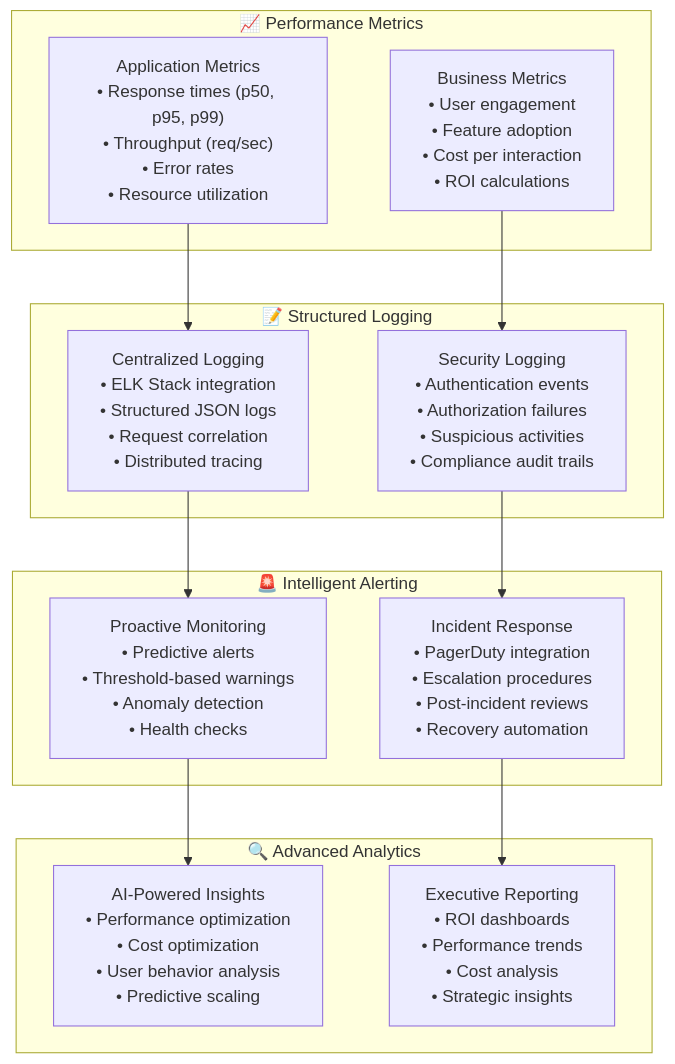
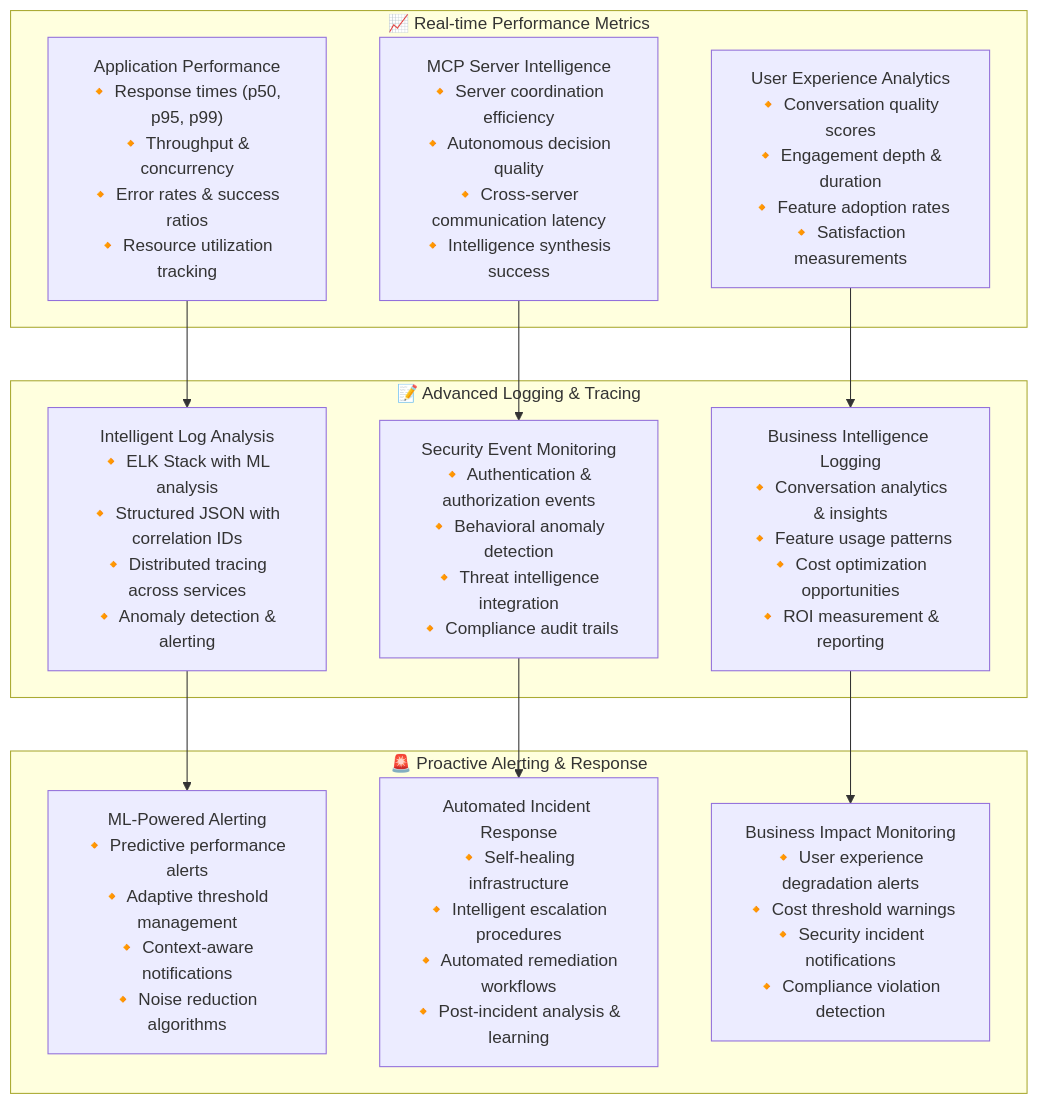
Diagram 11 of 13 in README.md (LSG-hub/Project-001), drawn with Mermaid before and after one commit. The commit also changed other lines of this file, not shown here.

````diff
--- a/README.md
+++ b/README.md
@@ -898,33 +2093,34 @@
 ```mermaid
 graph TB
-    subgraph Metrics["📈 Performance Metrics"]
-        Application["Application Metrics<br/>• Response times (p50, p95, p99)<br/>• Throughput (req/sec)<br/>• Error rates<br/>• Resource utilization"]
+    subgraph "📈 Real-time Performance Metrics"
+        AppMetrics["Application Performance<br/>🔸 Response times (p50, p95, p99)<br/>🔸 Throughput & concurrency<br/>🔸 Error rates & success ratios<br/>🔸 Resource utilization tracking"]
         
-        Business["Business Metrics<br/>• User engagement<br/>• Feature adoption<br/>• Cost per interaction<br/>• ROI calculations"]
+        MCPMetrics["MCP Server Intelligence<br/>🔸 Server coordination efficiency<br/>🔸 Autonomous decision quality<br/>🔸 Cross-server communication latency<br/>🔸 Intelligence synthesis success"]
+        
+        UserMetrics["User Experience Analytics<br/>🔸 Conversation quality scores<br/>🔸 Engagement depth & duration<br/>🔸 Feature adoption rates<br/>🔸 Satisfaction measurements"]
     end
     
-    subgraph Logging["📝 Structured Logging"]
-        Centralized["Centralized Logging<br/>• ELK Stack integration<br/>• Structured JSON logs<br/>• Request correlation<br/>• Distributed tracing"]
+    subgraph "📝 Advanced Logging & Tracing"
+        StructuredLogs["Intelligent Log Analysis<br/>🔸 ELK Stack with ML analysis<br/>🔸 Structured JSON with correlation IDs<br/>🔸 Distributed tracing across services<br/>🔸 Anomaly detection & alerting"]
         
-        Security["Security Logging<br/>• Authentication events<br/>• Authorization failures<br/>• Suspicious activities<br/>• Compliance audit trails"]
+        SecurityLogs["Security Event Monitoring<br/>🔸 Authentication & authorization events<br/>🔸 Behavioral anomaly detection<br/>🔸 Threat intelligence integration<br/>🔸 Compliance audit trails"]
+        
+        BusinessLogs["Business Intelligence Logging<br/>🔸 Conversation analytics & insights<br/>🔸 Feature usage patterns<br/>🔸 Cost optimization opportunities<br/>🔸 ROI measurement & reporting"]
     end
     
-    subgraph Alerting["🚨 Intelligent Alerting"]
-        Proactive["Proactive Monitoring<br/>• Predictive alerts<br/>• Threshold-based warnings<br/>• Anomaly detection<br/>• Health checks"]
+    subgraph "🚨 Proactive Alerting & Response"
+        IntelligentAlerts["ML-Powered Alerting<br/>🔸 Predictive performance alerts<br/>🔸 Adaptive threshold management<br/>🔸 Context-aware notifications<br/>🔸 Noise reduction algorithms"]
         
-        Response["Incident Response<br/>• PagerDuty integration<br/>• Escalation procedures<br/>• Post-incident reviews<br/>• Recovery automation"]
+        AutomatedResponse["Automated Incident Response<br/>🔸 Self-healing infrastructure<br/>🔸 Intelligent escalation procedures<br/>🔸 Automated remediation workflows<br/>🔸 Post-incident analysis & learning"]
+        
+        BusinessAlerts["Business Impact Monitoring<br/>🔸 User experience degradation alerts<br/>🔸 Cost threshold warnings<br/>🔸 Security incident notifications<br/>🔸 Compliance violation detection"]
     end
     
-    subgraph Analytics["🔍 Advanced Analytics"]
-        AI["AI-Powered Insights<br/>• Performance optimization<br/>• Cost optimization<br/>• User behavior analysis<br/>• Predictive scaling"]
-        
-        Reporting["Executive Reporting<br/>• ROI dashboards<br/>• Performance trends<br/>• Cost analysis<br/>• Strategic insights"]
-    end
+    AppMetrics --> StructuredLogs
+    MCPMetrics --> SecurityLogs
+    UserMetrics --> BusinessLogs
     
-    Application --> Centralized
-    Business --> Security
-    Centralized --> Proactive
-    Security --> Response
-    Proactive --> AI
-    Response --> Reporting
+    StructuredLogs --> IntelligentAlerts
+    SecurityLogs --> AutomatedResponse
+    BusinessLogs --> BusinessAlerts
 ```
````
